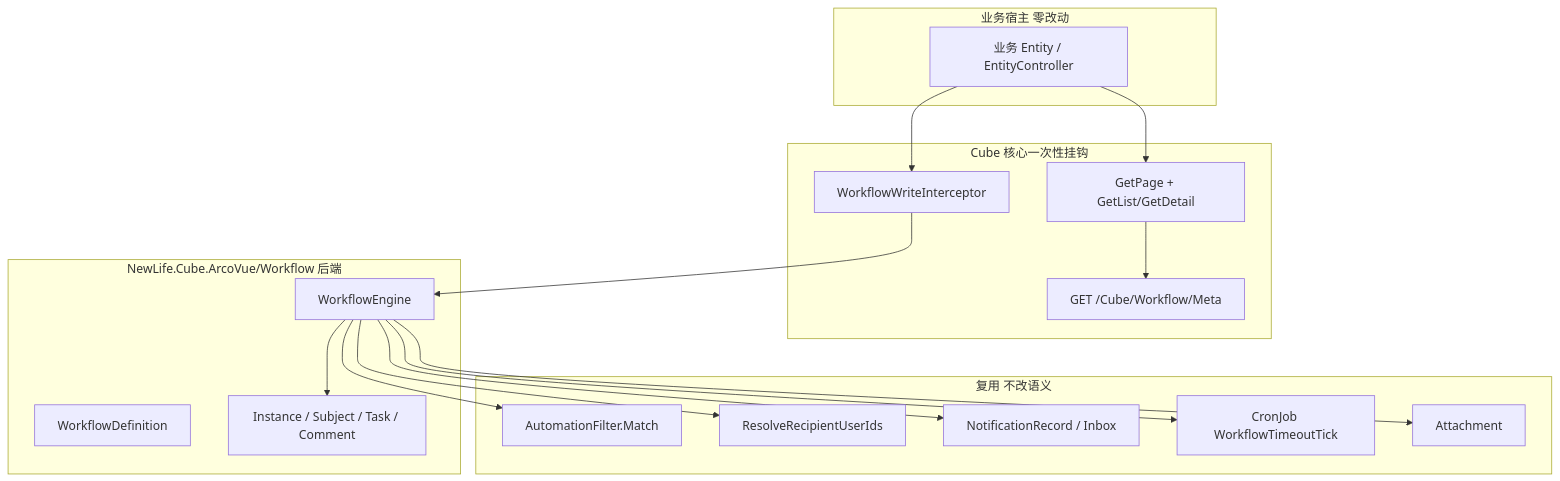
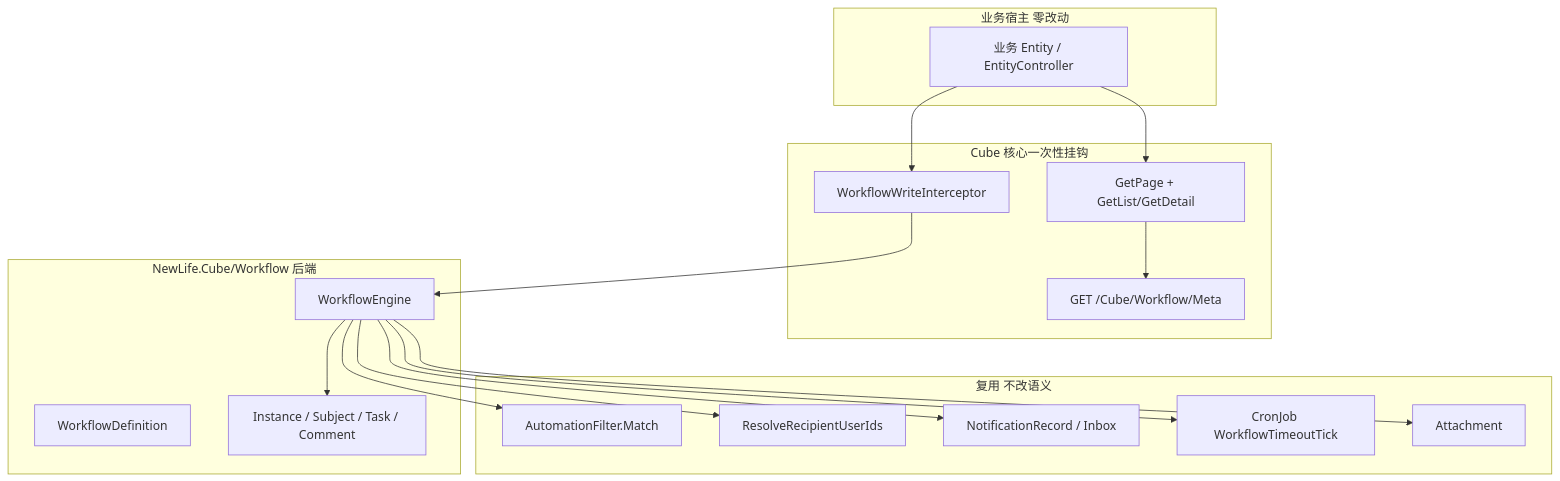
Before and after one commit to NewLifeX/NewLife.Cube: the first of 4 diagrams in NewLife.Cube.ArcoVue/openspec/changes/OSC-26090347f1 Cube OA审批流程引擎/design.md, drawn with Mermaid. The commit also changed other lines of this file and 23 other files, not shown here.

First line of the commit message:
feat(cube): OSC-26090347f1 Amd-2 工作流后端并入 NewLife.Cube WebAPI 核心库

````diff
--- a/NewLife.Cube.ArcoVue/openspec/changes/OSC-26090347f1 Cube OA审批流程引擎/design.md
+++ b/NewLife.Cube.ArcoVue/openspec/changes/OSC-26090347f1 Cube OA审批流程引擎/design.md
@@ -22,33 +22,33 @@
 ```mermaid
 flowchart TB
   subgraph host [业务宿主 零改动]
     Biz["业务 Entity / EntityController"]
   end
   subgraph cubeCore [Cube 核心一次性挂钩]
     GetPage["GetPage + GetList/GetDetail"]
     Interceptor["WorkflowWriteInterceptor"]
     Meta["GET /Cube/Workflow/Meta"]
   end
-  subgraph wf [NewLife.Cube.ArcoVue/Workflow 后端]
+  subgraph wf [NewLife.Cube/Workflow 后端]
     Def["WorkflowDefinition"]
     Eng["WorkflowEngine"]
     Inst["Instance / Subject / Task / Comment"]
   end
   subgraph reuse [复用 不改语义]
     Filter["AutomationFilter.Match"]
     Recipients["ResolveRecipientUserIds"]
     Inbox["NotificationRecord / Inbox"]
     Cron["CronJob WorkflowTimeoutTick"]
     Att["Attachment"]
   end
   Biz --> GetPage
   Biz --> Interceptor
   GetPage --> Meta
   Interceptor --> Eng
   Eng --> Inst
   Eng --> Filter
   Eng --> Recipients
   Eng --> Inbox
   Eng --> Cron
   Eng --> Att
 ```
````
